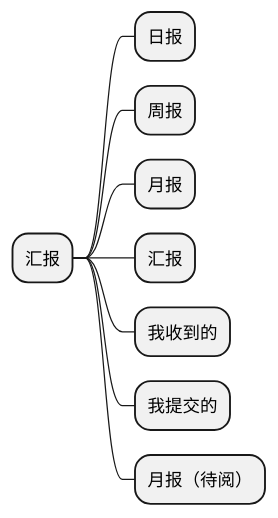
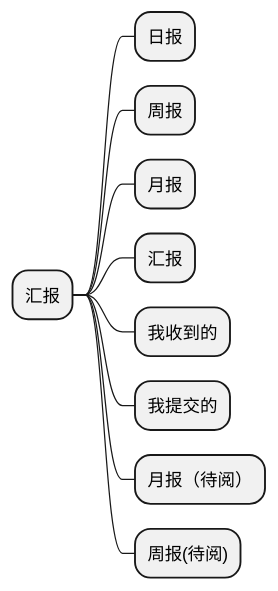
One commit to zj335841911/nt_chandao changed the diagram in ibizpms-docs/src/main/doc/v1/app/mob/reportNew.md. Above: the diagram before and after it, drawn with PlantUML. The commit also changed other lines of this file and 34 other files, not shown here.

```diff
--- a/ibizpms-docs/src/main/doc/v1/app/mob/reportNew.md
+++ b/ibizpms-docs/src/main/doc/v1/app/mob/reportNew.md
@@ -5,12 +5,13 @@
 {% plantuml %}
 @startmindmap
 * 汇报
 ** 日报
 ** 周报
 ** 月报
 ** 汇报
 ** 我收到的
 ** 我提交的
 ** 月报（待阅）
+** 周报(待阅)
 @endmindmap
 {% endplantuml %}
```
